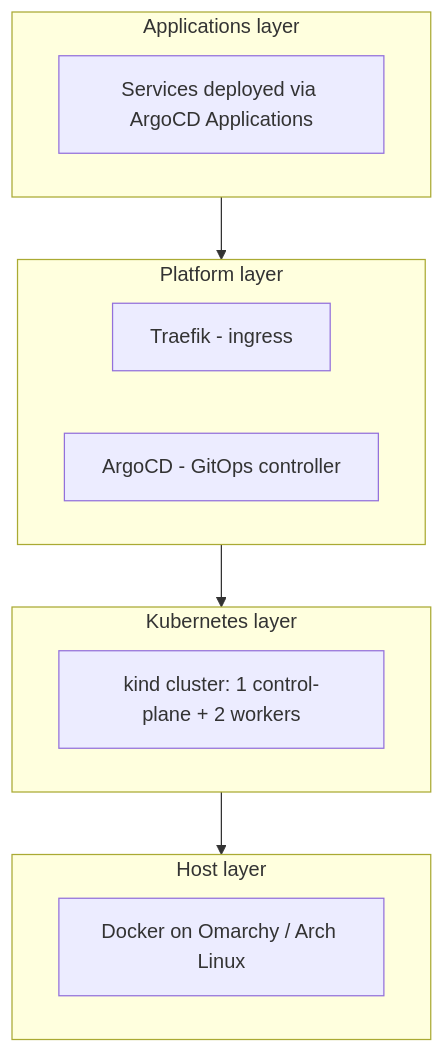
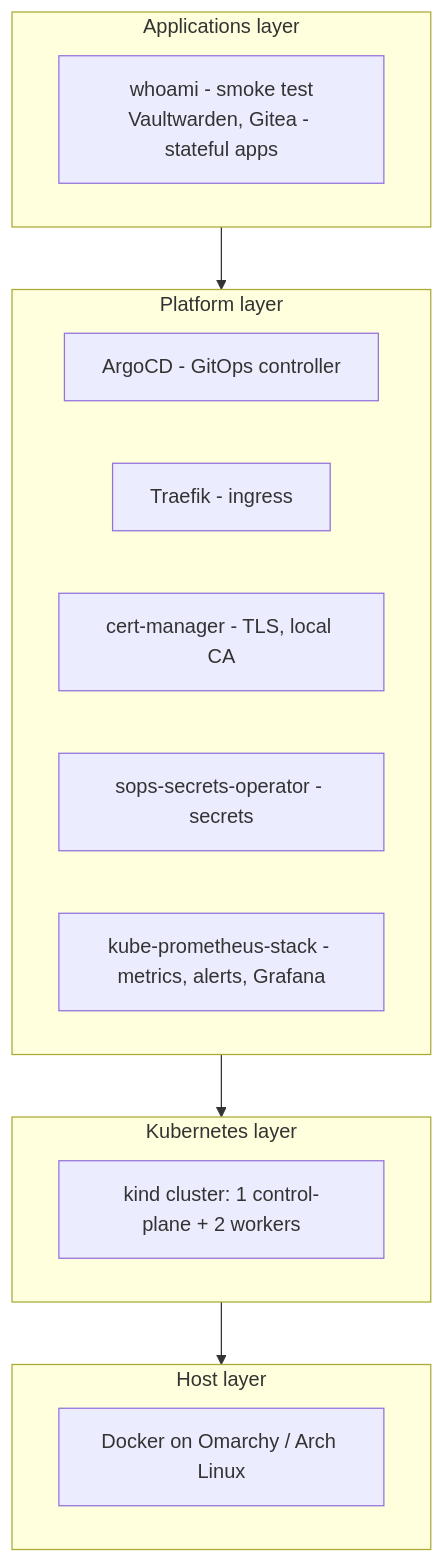
One commit to pablofc18/homelab-gitops changed the first of 8 diagrams in docs/architecture.md. Above: the diagram before and after it, drawn with Mermaid. The commit also changed other lines of this file and 1 other file, not shown here.

Commit message:
docs: refresh diagrams and docs to match the current stack

````diff
--- a/docs/architecture.md
+++ b/docs/architecture.md
@@ -14,18 +14,21 @@
 ```mermaid
 flowchart TB
     subgraph L4[Applications layer]
-        APPS[Services deployed via ArgoCD Applications]
+        APPS[whoami - smoke test<br/>Vaultwarden, Gitea - stateful apps]
     end
     subgraph L3[Platform layer]
+        ARGO[ArgoCD - GitOps controller]
         TRAEFIK[Traefik - ingress]
-        ARGO[ArgoCD - GitOps controller]
+        CERT[cert-manager - TLS, local CA]
+        SOPS[sops-secrets-operator - secrets]
+        MON[kube-prometheus-stack - metrics, alerts, Grafana]
     end
     subgraph L2[Kubernetes layer]
         K8S[kind cluster: 1 control-plane + 2 workers]
     end
     subgraph L1[Host layer]
         DOCKER[Docker on Omarchy / Arch Linux]
     end
 
     L4 --> L3 --> L2 --> L1
 ```
````
